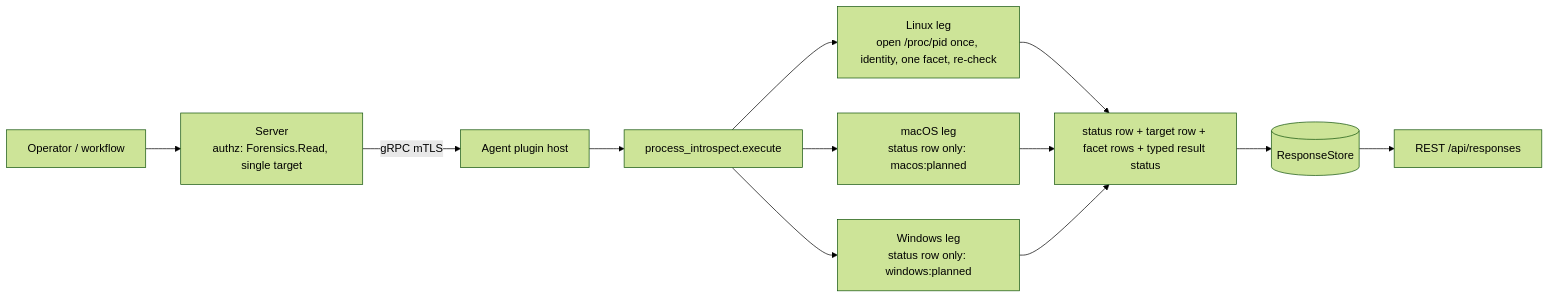
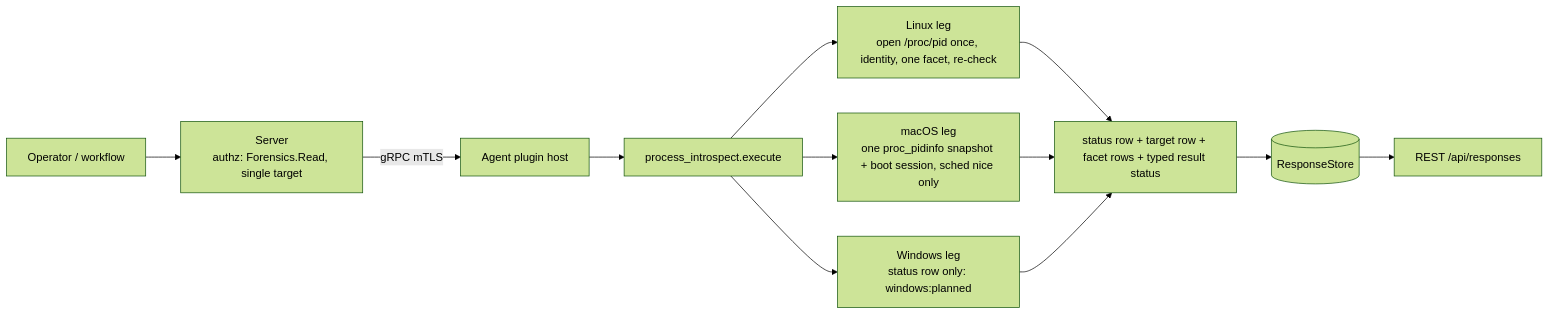
The diagram in agents/plugins/process_introspect/README.md (DevNullLtd/Yuzu), drawn with Mermaid (forest theme) before and after one commit. The commit also changed other lines of this file and 24 other files, not shown here.

Commit message:
feat(process_introspect): macOS leg via libproc only, with identity guard and a per-facet answer (#8070)

````diff
--- a/agents/plugins/process_introspect/README.md
+++ b/agents/plugins/process_introspect/README.md
@@ -34,9 +38,9 @@
 ```mermaid
 flowchart LR
   OP[Operator / workflow] --> SRV[Server<br/>authz: Forensics.Read, single target]
   SRV -- gRPC mTLS --> HOST[Agent plugin host] --> EX[process_introspect.execute]
   EX --> LIN[Linux leg<br/>open /proc/pid once, identity, one facet, re-check]
-  EX --> MAC[macOS leg<br/>status row only: macos:planned]
+  EX --> MAC[macOS leg<br/>one proc_pidinfo snapshot + boot session, sched nice only]
   EX --> WIN[Windows leg<br/>status row only: windows:planned]
   LIN & MAC & WIN --> ROWS[status row + target row + facet rows + typed result status] --> RS[(ResponseStore)] --> API[REST /api/responses]
 ```
````
